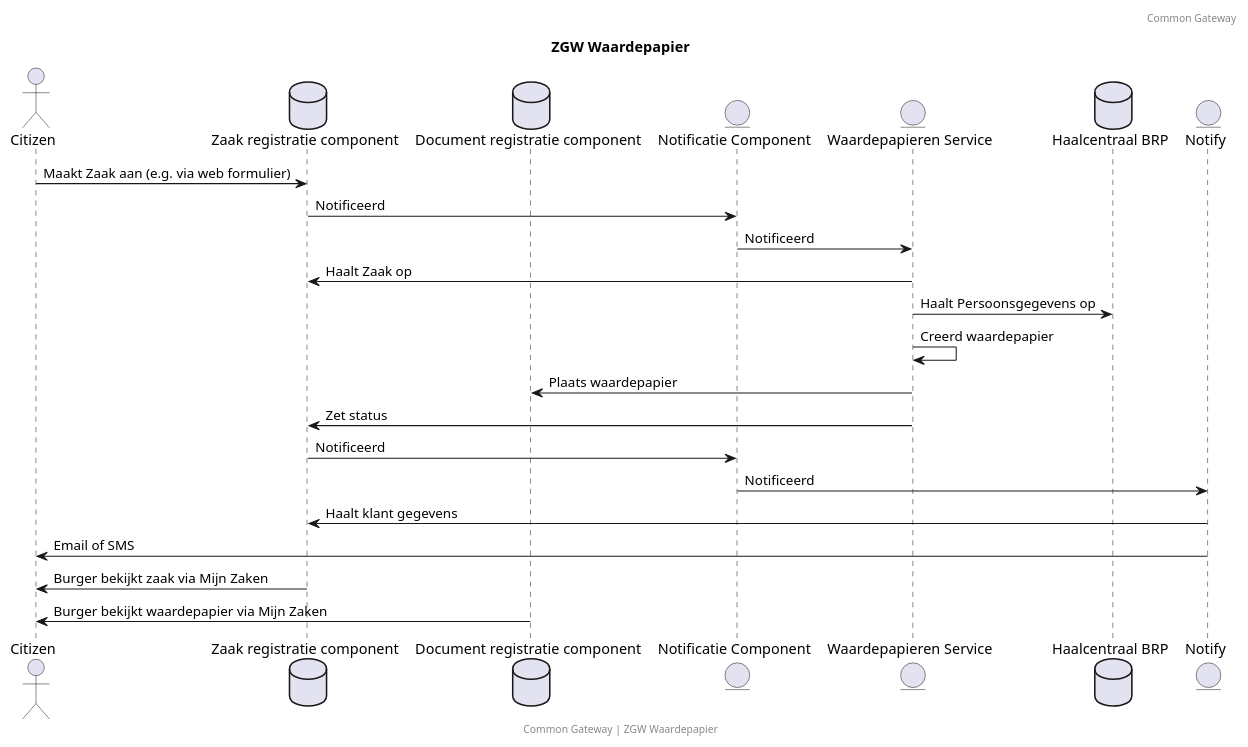
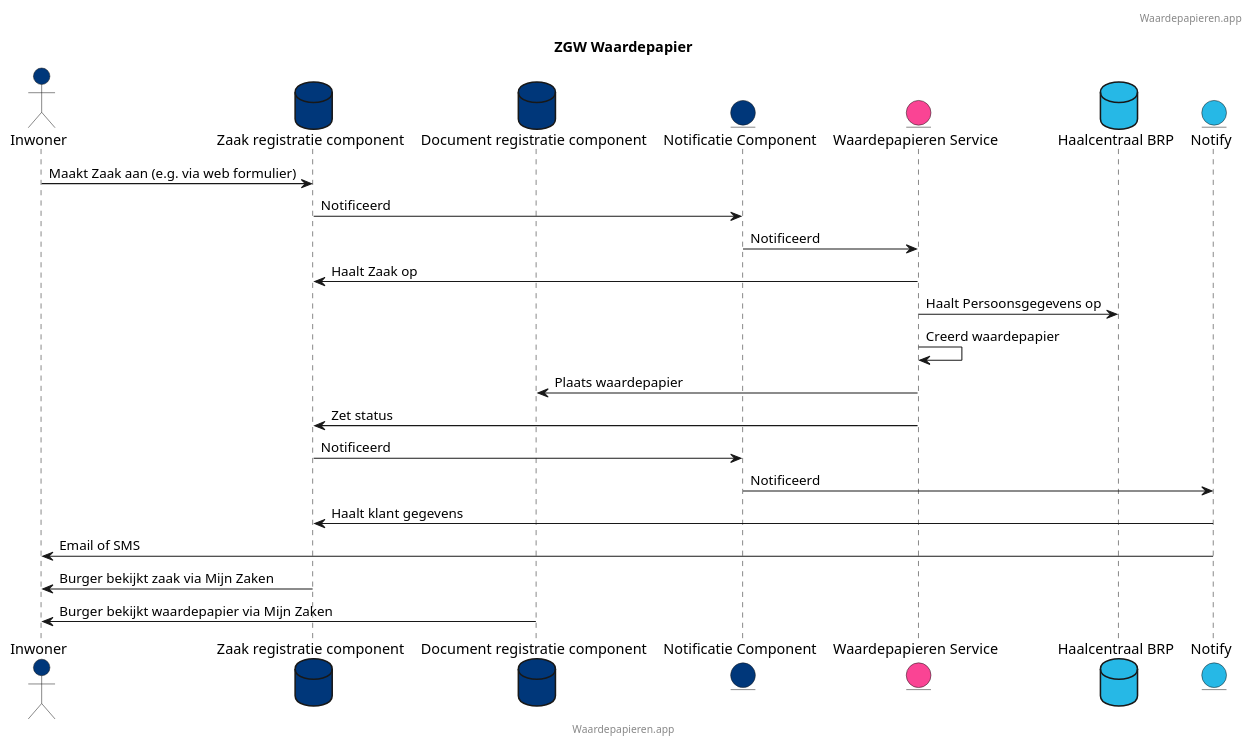
Before and after one commit to CommonGateway/WaardepapierenBundle: the diagram in docs/zgw_waardepapier_notify.puml, drawn with PlantUML. The commit also changed 8 other files, not shown here.

Commit message:
Citizen omgezet naar inwoner

```diff
--- a/docs/zgw_waardepapier_notify.puml
+++ b/docs/zgw_waardepapier_notify.puml
@@ -1,30 +1,31 @@
 @startuml
 title: ZGW Waardepapier
-footer: Common Gateway | ZGW Waardepapier
-header: Common Gateway
+footer: Waardepapieren.app
+header: Waardepapieren.app
+skinparam backgroundColor transparent
 
-actor Citizen
-database "Zaak registratie component" as ZRC
-database "Document registratie component" as DRC
-entity "Notificatie Component" as NC
-entity "Waardepapieren Service" as WP
-database "Haalcentraal BRP" as BRP
-entity "Notify" as Notify
+actor Inwoner as Citizen #00377a
+database "Zaak registratie component" as ZRC #00377a
+database "Document registratie component" as DRC #00377a
+entity "Notificatie Component" as NC #00377a
+entity "Waardepapieren Service" as WP #fa4494
+database "Haalcentraal BRP" as BRP #26b8e6
+entity "Notify" as Notify #26b8e6
 
 Citizen -> ZRC : Maakt Zaak aan (e.g. via web formulier)
 ZRC -> NC: Notificeerd
 NC -> WP: Notificeerd
 WP -> ZRC: Haalt Zaak op
 WP -> BRP: Haalt Persoonsgegevens op
 WP -> WP: Creerd waardepapier
 WP -> DRC: Plaats waardepapier
 WP -> ZRC: Zet status
 ZRC -> NC: Notificeerd
 NC -> Notify: Notificeerd
 Notify -> ZRC: Haalt klant gegevens
 Notify -> Citizen: Email of SMS
 ZRC -> Citizen: Burger bekijkt zaak via Mijn Zaken
 DRC -> Citizen: Burger bekijkt waardepapier via Mijn Zaken
 
 
 @enduml
```
